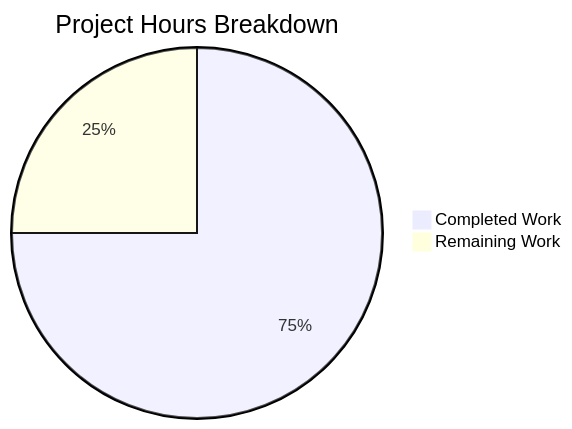
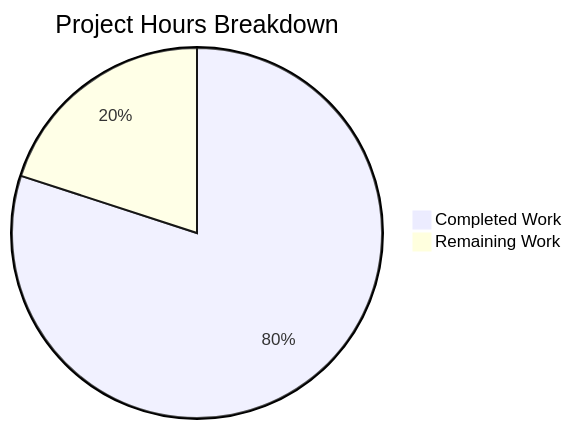
The diagram in blitzy/documentation/Project Guide.md (Sandeep01Kumar/05-jan-existing-projects-qa-test-1), drawn with Mermaid before and after one commit. The commit also changed other lines of this file, not shown here.

Commit message:
Adding Blitzy Project Guide: Project Status and Human Tasks Remaining

````diff
--- a/blitzy/documentation/Project Guide.md
+++ b/blitzy/documentation/Project Guide.md
@@ -72,5 +93,5 @@
 ```mermaid
 pie title Project Hours Breakdown
-    "Completed Work" : 6
-    "Remaining Work" : 2
+    "Completed Work" : 4
+    "Remaining Work" : 1
 ```
````
